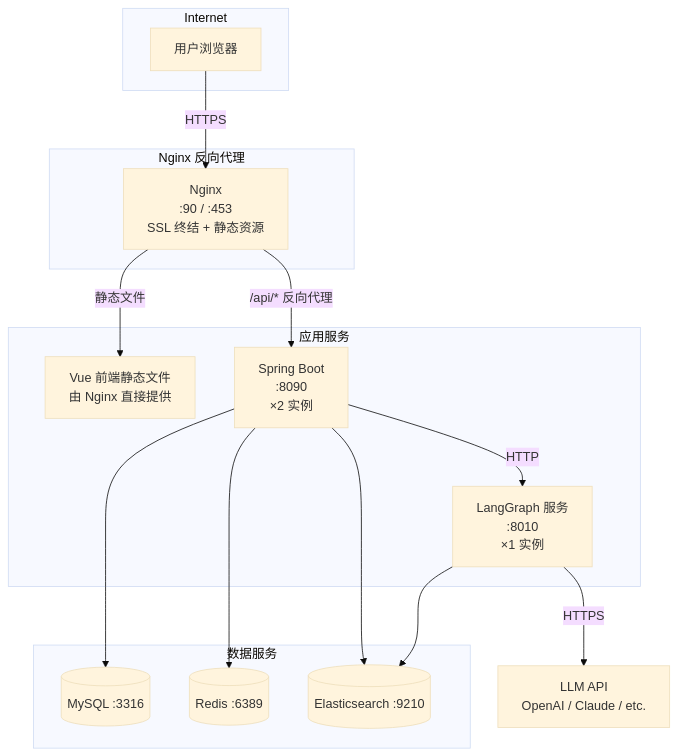
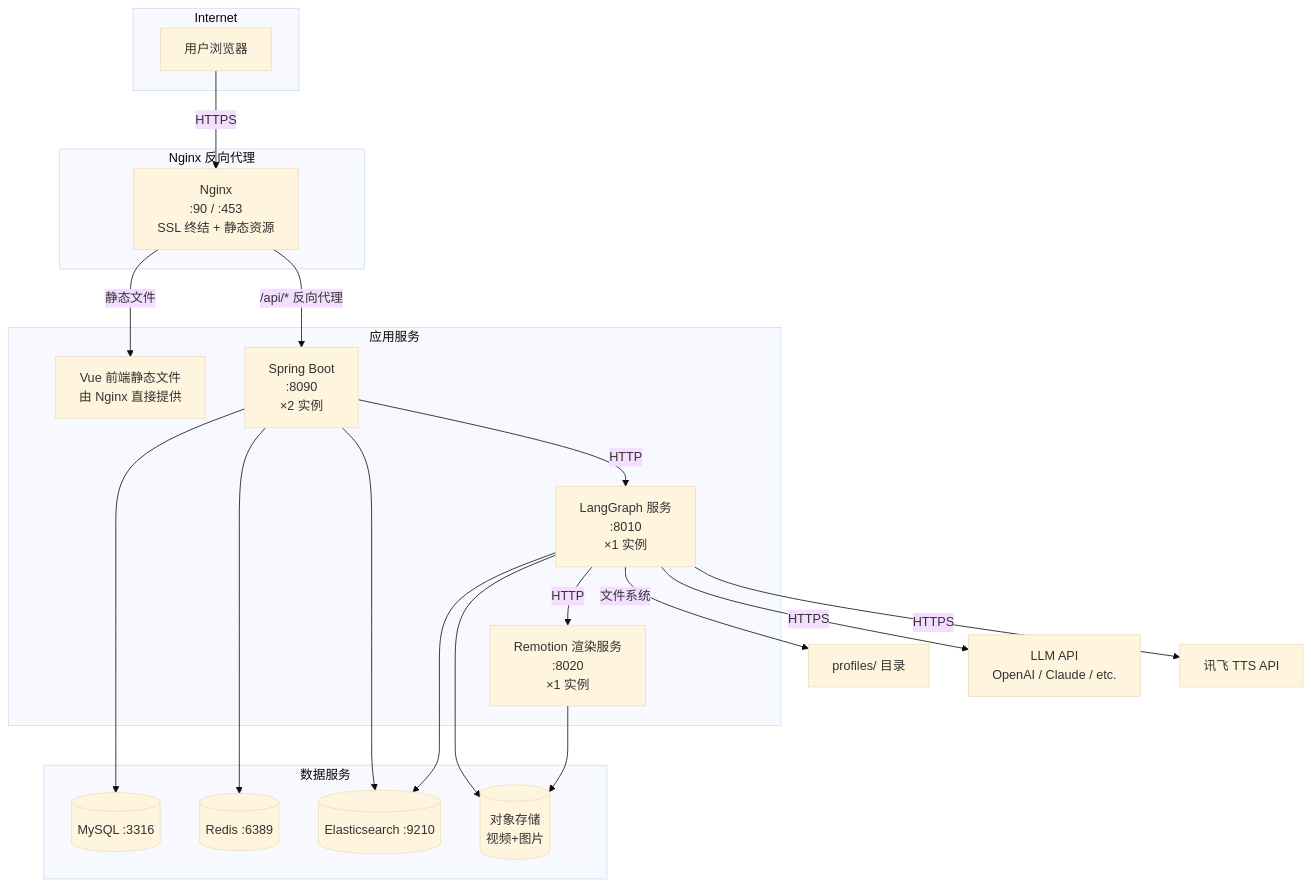
Before and after one commit to Lntanohuang/CS_Buddy: the seventh of 7 diagrams in docs/TDD.md, drawn with Mermaid (base theme). The commit also changed other lines of this file and 40 other files, not shown here.

````diff
--- a/docs/TDD.md
+++ b/docs/TDD.md
@@ -1648,30 +2322,36 @@
 ```mermaid
 graph TB
     subgraph Internet
         USER[用户浏览器]
     end
 
     subgraph Nginx["Nginx 反向代理"]
         NG[Nginx<br/>:90 / :453<br/>SSL 终结 + 静态资源]
     end
 
     subgraph Services["应用服务"]
         VUE[Vue 前端静态文件<br/>由 Nginx 直接提供]
         SB[Spring Boot<br/>:8090<br/>×2 实例]
         AI[LangGraph 服务<br/>:8010<br/>×1 实例]
+        REM[Remotion 渲染服务<br/>:8020<br/>×1 实例]
     end
 
     subgraph DataStores["数据服务"]
         MYSQL_S[(MySQL :3316)]
         REDIS_S[(Redis :6389)]
         ES_S[(Elasticsearch :9210)]
+        OSS_S[(对象存储<br/>视频+图片)]
     end
 
     USER -->|HTTPS| NG
     NG -->|静态文件| VUE
     NG -->|/api/* 反向代理| SB
     SB -->|HTTP| AI
+    AI -->|HTTP| REM
     SB --> MYSQL_S & REDIS_S & ES_S
     AI --> ES_S
+    AI -->|文件系统| PROFILES[profiles/ 目录]
+    AI & REM --> OSS_S
     AI -->|HTTPS| LLM_API[LLM API<br/>OpenAI / Claude / etc.]
+    AI -->|HTTPS| TTS_API[讯飞 TTS API]
 ```
````
